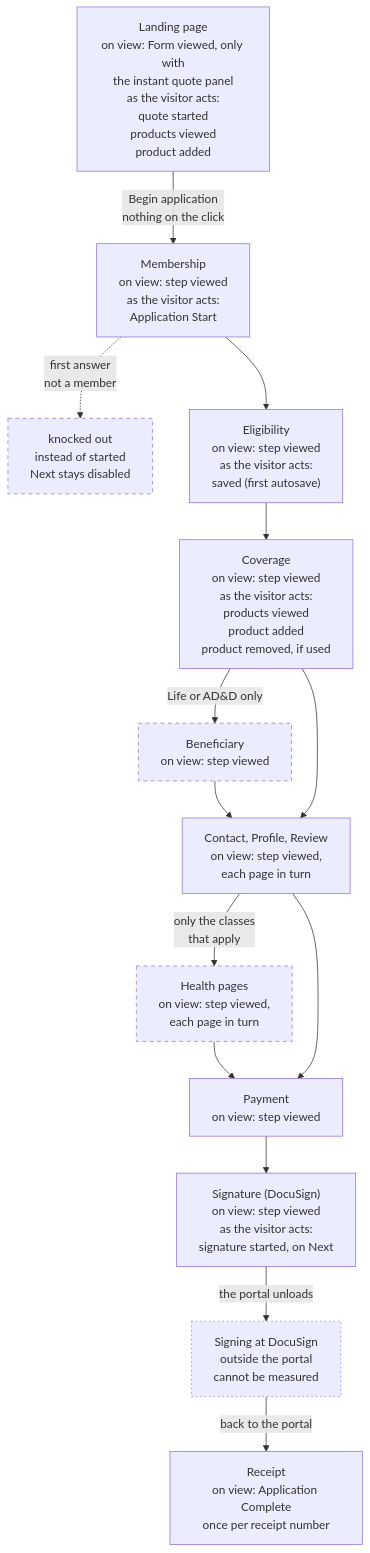
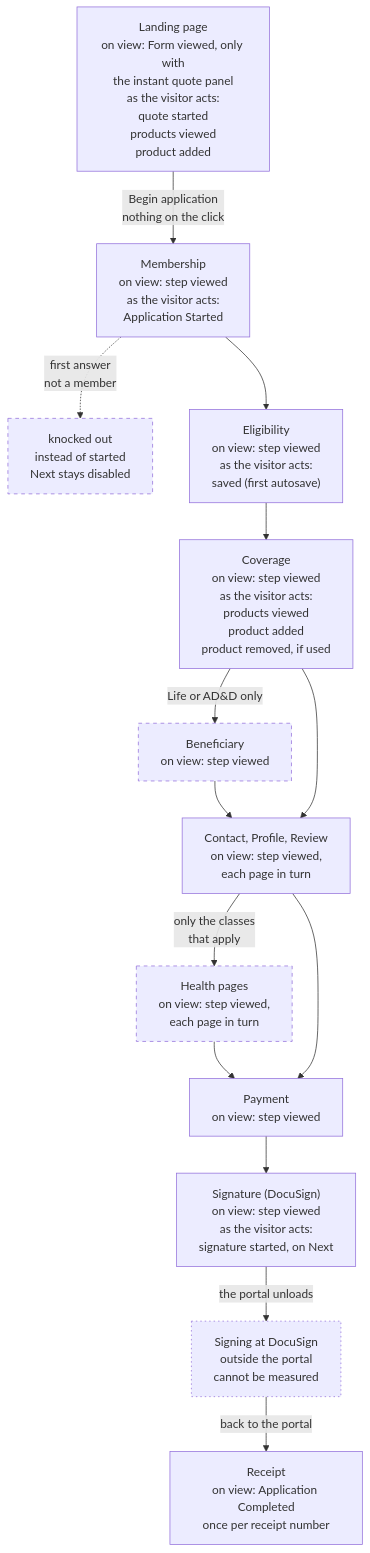
Before and after one commit to further-external/client-nyl-gmad-dl-spec: the first of 2 diagrams in application-journey.md, drawn with Mermaid. The commit also changed other lines of this file and 16 other files, not shown here.

First line of the commit message:
Rename to Application Started/Complete

````diff
--- a/application-journey.md
+++ b/application-journey.md
@@ -16,33 +16,33 @@
 ```mermaid
 flowchart TD
   L["Landing page<br/>on view: Form viewed, only with<br/>the instant quote panel<br/>as the visitor acts:<br/>quote started<br/>products viewed<br/>product added"]
-  M["Membership<br/>on view: step viewed<br/>as the visitor acts:<br/>Application Start"]
+  M["Membership<br/>on view: step viewed<br/>as the visitor acts:<br/>Application Started"]
   KO["knocked out<br/>instead of started<br/>Next stays disabled"]
   E["Eligibility<br/>on view: step viewed<br/>as the visitor acts:<br/>saved (first autosave)"]
   C["Coverage<br/>on view: step viewed<br/>as the visitor acts:<br/>products viewed<br/>product added<br/>product removed, if used"]
   B["Beneficiary<br/>on view: step viewed"]
   CPR["Contact, Profile, Review<br/>on view: step viewed,<br/>each page in turn"]
   H["Health pages<br/>on view: step viewed,<br/>each page in turn"]
   PAY["Payment<br/>on view: step viewed"]
   DS["Signature (DocuSign)<br/>on view: step viewed<br/>as the visitor acts:<br/>signature started, on Next"]
   SIGN["Signing at DocuSign<br/>outside the portal<br/>cannot be measured"]
-  RC["Receipt<br/>on view: Application Complete<br/>once per receipt number"]
+  RC["Receipt<br/>on view: Application Completed<br/>once per receipt number"]
 
   L -->|"Begin application<br/>nothing on the click"| M
   M -.->|"first answer<br/>not a member"| KO
   M --> E --> C
   C -->|"Life or AD#amp;D only"| B
   B --> CPR
   C --> CPR
   CPR -->|"only the classes<br/>that apply"| H
   H --> PAY
   CPR --> PAY
   PAY --> DS
   DS -->|"the portal unloads"| SIGN
   SIGN -->|"back to the portal"| RC
 
   classDef conditional stroke-dasharray: 5 5
   classDef offportal stroke-dasharray: 2 4
   class B,H,KO conditional
   class SIGN offportal
 ```
````
